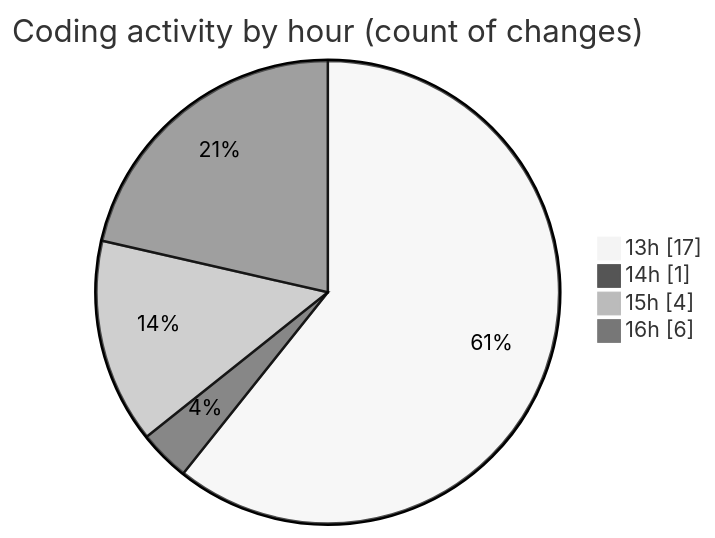
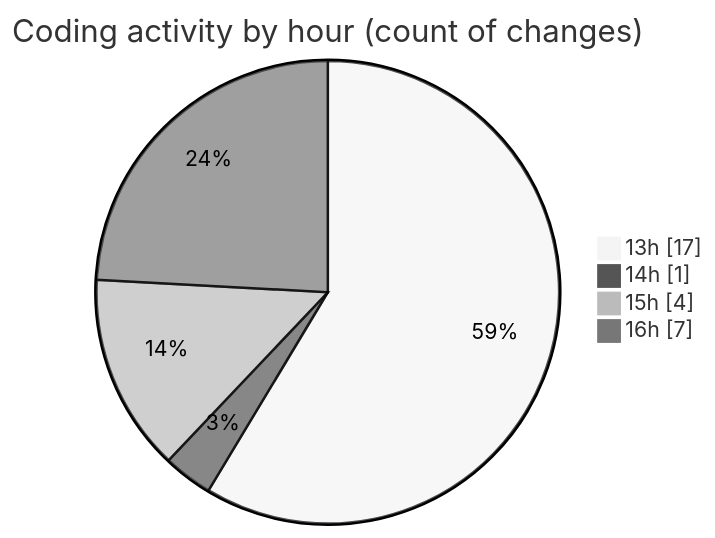
The second of 2 diagrams in 2026-10-23/cda/README.md (momahboobian/code-tracking), drawn with Mermaid (neutral theme) before and after one commit. The commit also changed other lines of this file and 1 other file, not shown here.

````diff
--- a/2026-10-23/cda/README.md
+++ b/2026-10-23/cda/README.md
@@ -42,8 +43,8 @@
 ```mermaid
 pie showData
 title Coding activity by hour (count of changes)
 "13h" : 17
 "14h" : 1
 "15h" : 4
-"16h" : 6
+"16h" : 7
 ```
````
